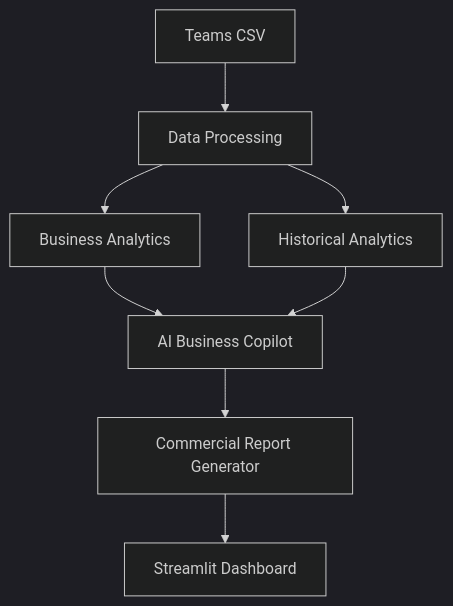
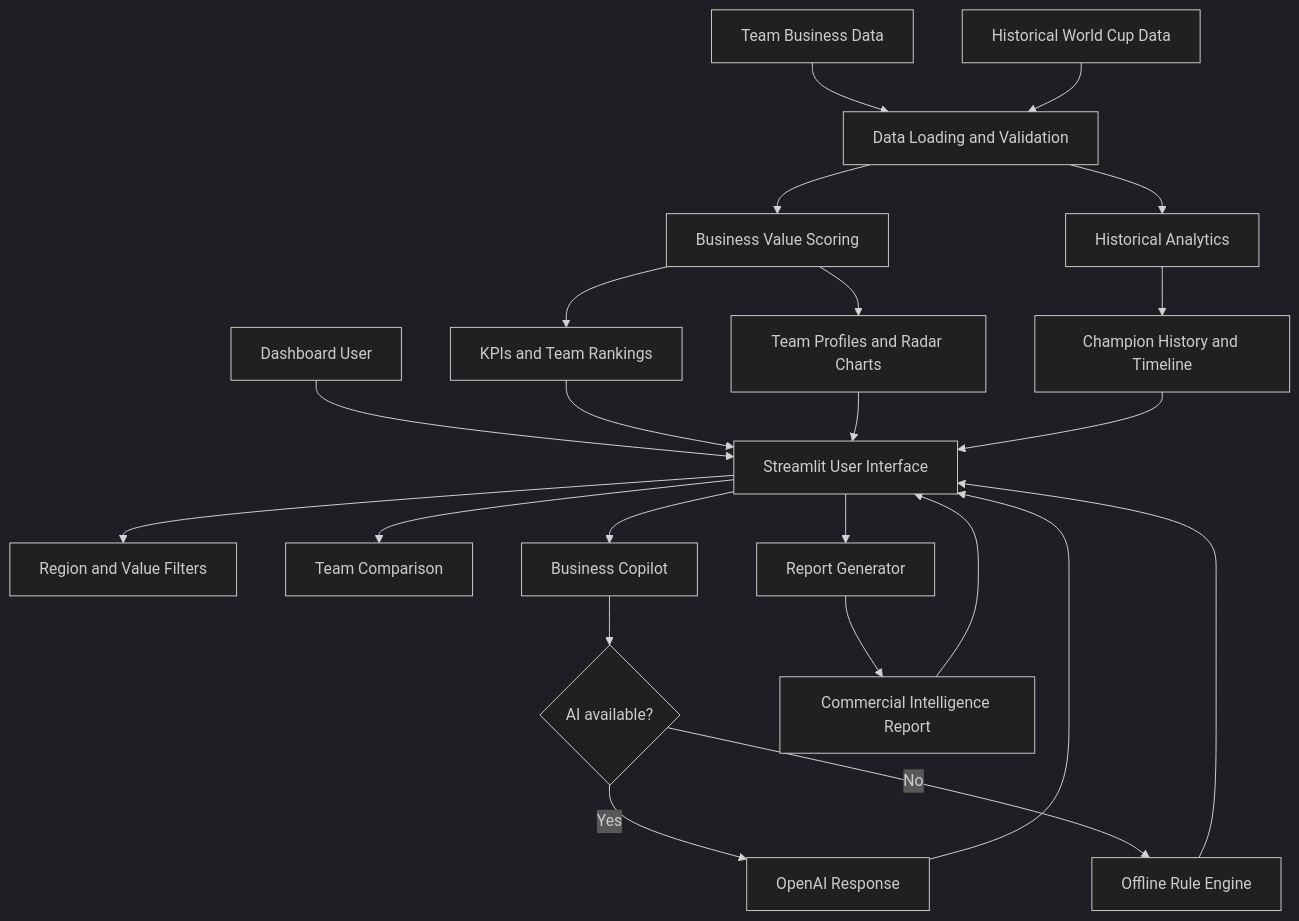
One commit to TonyCurlymoe/worldcup-business-copilot changed the first of 2 diagrams in README.md. Above: the diagram before and after it, drawn with Mermaid (dark theme). The commit also changed other lines of this file, not shown here.

````diff
--- a/README.md
+++ b/README.md
@@ -108,15 +291,38 @@
 ```mermaid
 flowchart TD
+    U[Dashboard User]
 
-A[Teams CSV] --> B[Data Processing]
+    U --> UI[Streamlit User Interface]
 
-B --> C[Business Analytics]
-B --> D[Historical Analytics]
+    UI --> F[Region and Value Filters]
+    UI --> C[Team Comparison]
+    UI --> Q[Business Copilot]
+    UI --> R[Report Generator]
 
-C --> E[AI Business Copilot]
-D --> E
+    T[Team Business Data]
+    H[Historical World Cup Data]
 
-E --> F[Commercial Report Generator]
+    T --> DP[Data Loading and Validation]
+    H --> DP
 
-F --> G[Streamlit Dashboard]
+    DP --> BV[Business Value Scoring]
+    DP --> HA[Historical Analytics]
+
+    BV --> KPI[KPIs and Team Rankings]
+    BV --> TP[Team Profiles and Radar Charts]
+    HA --> HC[Champion History and Timeline]
+
+    KPI --> UI
+    TP --> UI
+    HC --> UI
+
+    Q --> MODE{AI available?}
+    MODE -->|Yes| OA[OpenAI Response]
+    MODE -->|No| OFF[Offline Rule Engine]
+
+    OA --> UI
+    OFF --> UI
+
+    R --> REP[Commercial Intelligence Report]
+    REP --> UI
 ```
````
